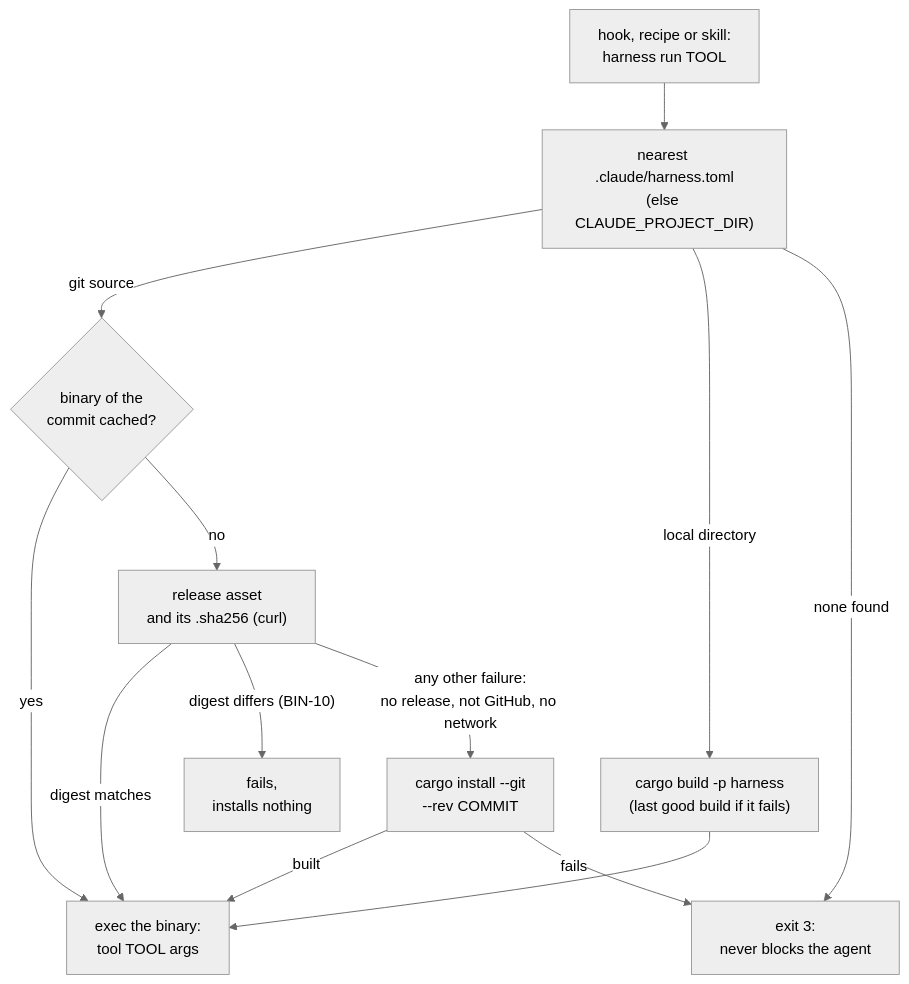
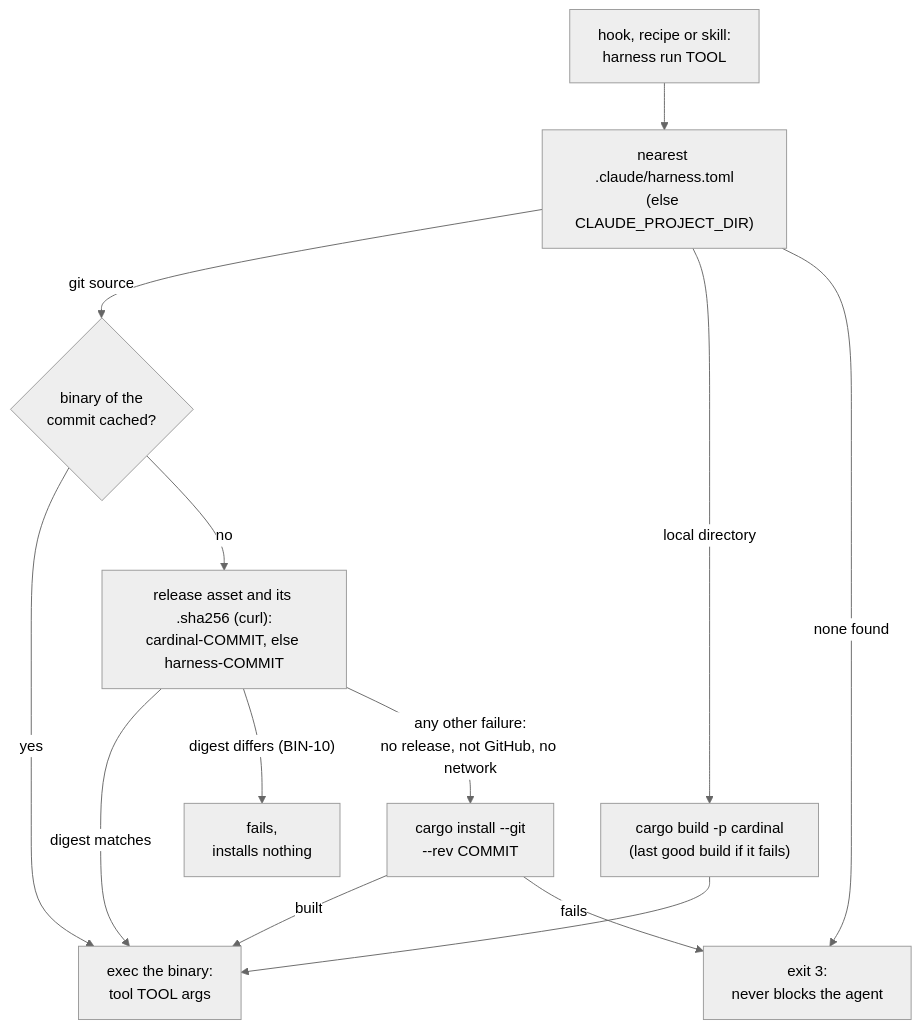
The second of 4 diagrams in docs/architecture.md (Electron-libre/agent-harness), drawn with Mermaid (neutral theme) before and after one commit. The commit also changed other lines of this file and 33 other files, not shown here.

First line of the commit message:
feat: rename the binary to cardinal, keeping a harness alias

````diff
--- a/docs/architecture.md
+++ b/docs/architecture.md
@@ -65,15 +67,15 @@
 ```mermaid
 flowchart TD
   hook["hook, recipe or skill:<br/>harness run TOOL"] --> find["nearest .claude/harness.toml<br/>(else CLAUDE_PROJECT_DIR)"]
   find -->|git source| cached{"binary of the<br/>commit cached?"}
   cached -->|yes| exec["exec the binary:<br/>tool TOOL args"]
-  cached -->|no| download["release asset<br/>and its .sha256 (curl)"]
+  cached -->|no| download["release asset and its .sha256 (curl):<br/>cardinal-COMMIT, else harness-COMMIT"]
   download -->|digest matches| exec
   download -->|"digest differs (BIN-10)"| fail["fails,<br/>installs nothing"]
   download -->|"any other failure:<br/>no release, not GitHub, no network"| cargo["cargo install --git<br/>--rev COMMIT"]
   cargo -->|built| exec
-  find -->|local directory| build["cargo build -p harness<br/>(last good build if it fails)"]
+  find -->|local directory| build["cargo build -p cardinal<br/>(last good build if it fails)"]
   build --> exec
   find -->|none found| exit3["exit 3:<br/>never blocks the agent"]
   cargo -->|fails| exit3
 ```
````
